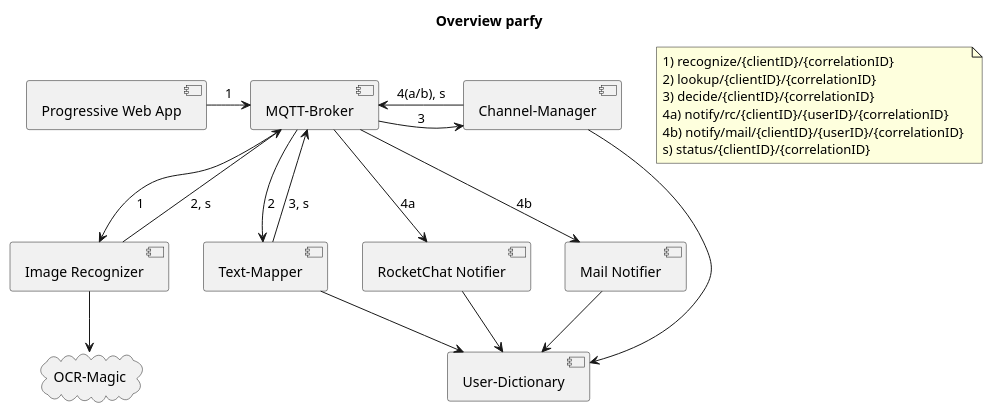
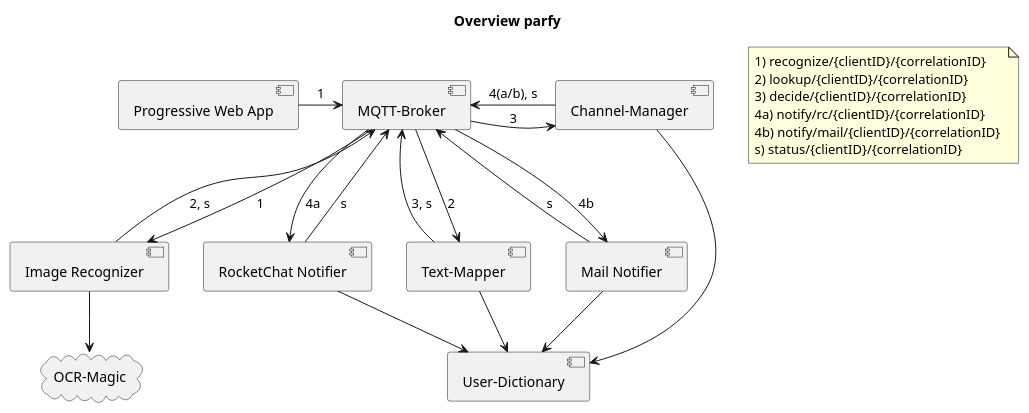
The diagram in documentation/overview.puml (parfio/parfio), drawn with PlantUML before and after one commit. The commit also changed 1 other file, not shown here.

```diff
--- a/documentation/overview.puml
+++ b/documentation/overview.puml
@@ -1,39 +1,42 @@
 @startuml
 
 Title Overview parfy
 
 cloud ocr as "OCR-Magic"
 [pwa] as "Progressive Web App"
 [image_recognizer] as "Image Recognizer"
 [mqtt_broker] as "MQTT-Broker"
 [text_mapper] as "Text-Mapper"
 [user_dictionary] as "User-Dictionary"
 [channel_manager] as "Channel-Manager"
 [rocket_chat_notifier] as "RocketChat Notifier"
 [mail_notifier] as "Mail Notifier"
 
 pwa -> mqtt_broker : 1
 mqtt_broker --> image_recognizer: 1
 image_recognizer --> ocr
 image_recognizer --> mqtt_broker : 2, s
 mqtt_broker --> text_mapper: 2
 text_mapper --> user_dictionary
 text_mapper --> mqtt_broker: 3, s
 mqtt_broker -> channel_manager: 3
 channel_manager -> mqtt_broker: 4(a/b), s
 channel_manager -> user_dictionary
 mqtt_broker --> rocket_chat_notifier: 4a
 mqtt_broker --> mail_notifier: 4b
 
 rocket_chat_notifier --> user_dictionary
+rocket_chat_notifier -> mqtt_broker: s
 mail_notifier --> user_dictionary
+mail_notifier -> mqtt_broker: s
+
 
 note  "1) recognize/{clientID}/{correlationID} \n\
 2) lookup/{clientID}/{correlationID} \n\
 3) decide/{clientID}/{correlationID} \n\
-4a) notify/rc/{clientID}/{userID}/{correlationID} \n\
-4b) notify/mail/{clientID}/{userID}/{correlationID} \n\
+4a) notify/rc/{clientID}/{correlationID} \n\
+4b) notify/mail/{clientID}/{correlationID} \n\
 s) status/{clientID}/{correlationID}"  as n1
 
 
 @enduml
```
